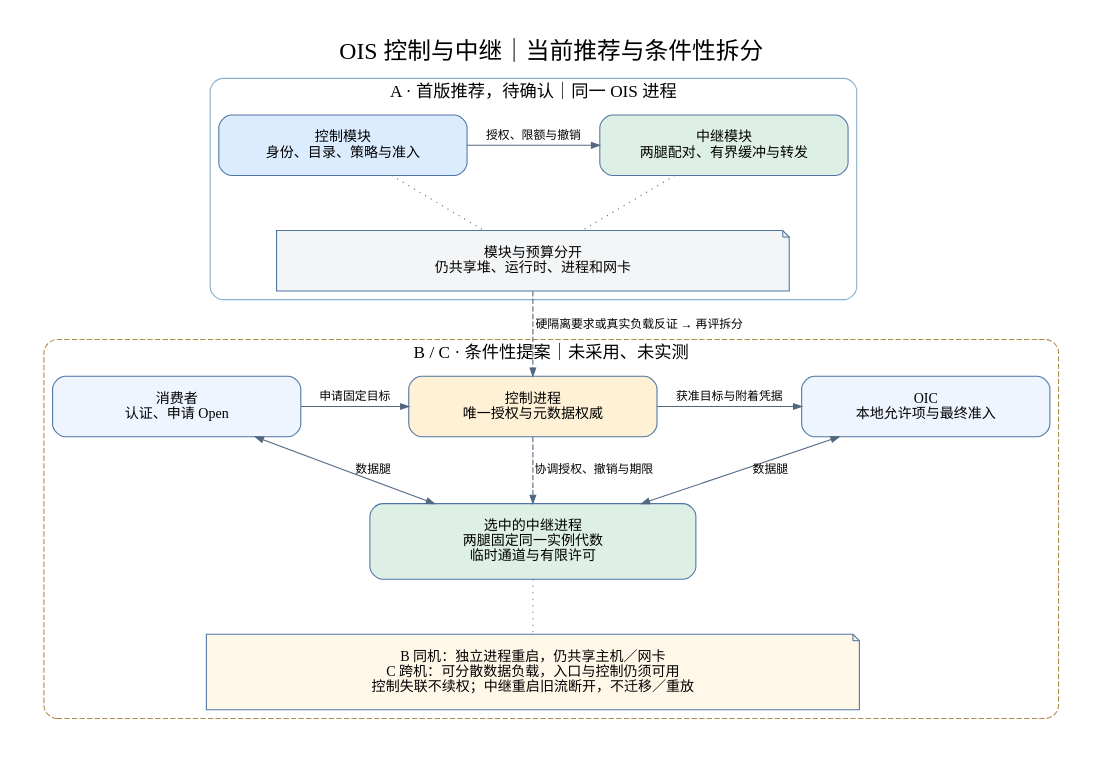
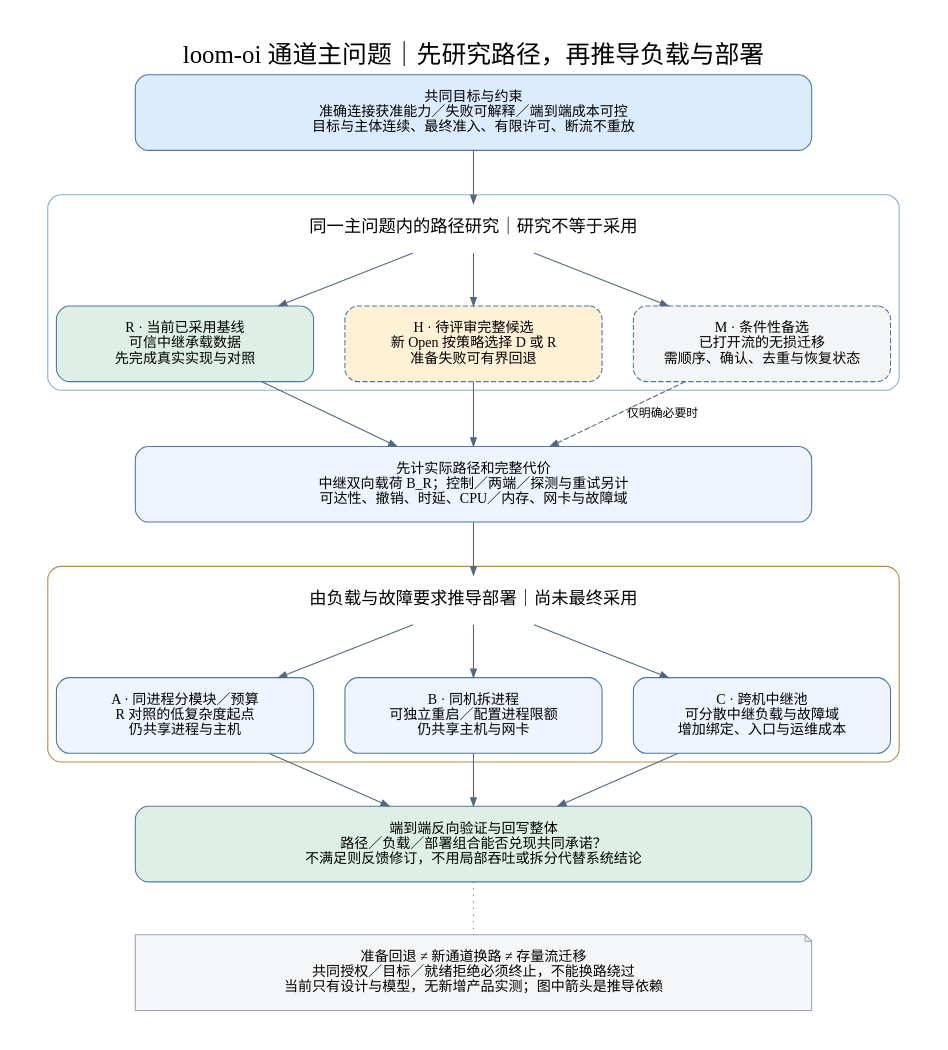
Before and after one commit to wyw-ai/loom-oi: the diagram in docs/architecture/diagrams/v0.7/10-control-relay.dot, drawn with Graphviz. The commit also changed 43 other files, not shown here.

```diff
--- a/docs/architecture/diagrams/v0.7/10-control-relay.dot
+++ b/docs/architecture/diagrams/v0.7/10-control-relay.dot
@@ -1,30 +1,30 @@
 digraph G {
-graph [rankdir=TB,bgcolor="white",pad="0.35",nodesep="0.45",ranksep="0.7",fontname="Noto Sans SC",fontsize=22,labelloc=t,splines=polyline,newrank=true,label="OIS 控制与中继｜当前推荐与条件性拆分"];
-node [shape=box,style="rounded,filled",fillcolor="#eef5ff",color="#5077a3",fontname="Noto Sans SC",fontsize=13,margin="0.25,0.2",width=3.2];
+graph [rankdir=TB,bgcolor="white",pad="0.4",nodesep="0.4",ranksep="0.65",fontname="Noto Sans SC",fontsize=23,labelloc=t,splines=polyline,newrank=true,label="loom-oi 通道主问题｜先研究路径，再推导负载与部署"];
+node [shape=box,style="rounded,filled",fillcolor="#eef5ff",color="#5077a3",fontname="Noto Sans SC",fontsize=13,margin="0.25,0.2",width=3.3];
 edge [fontname="Noto Sans SC",fontsize=11,color="#52677f",arrowsize=0.75];
-subgraph cluster_a {
- label="A · 首版推荐，待确认｜同一 OIS 进程";fontsize=16;color="#86afcc";style=rounded;
- ac[label="控制模块\n身份、目录、策略与准入",fillcolor="#dcecff"];
- ar[label="中继模块\n两腿配对、有界缓冲与转发",fillcolor="#def0e6"];
- {rank=same;ac;ar;}
- ac->ar[label="授权、限额与撤销"];
- an[label="模块与预算分开\n仍共享堆、运行时、进程和网卡",shape=note,fillcolor="#f3f5f7",width=6.6];
- ac->an[style=dotted,arrowhead=none];ar->an[style=dotted,arrowhead=none];
+goal[label="共同目标与约束\n准确连接获准能力／失败可解释／端到端成本可控\n目标与主体连续、最终准入、有限许可、断流不重放",fillcolor="#dcecff",width=8.7];
+subgraph cluster_paths {
+label="";color="#86afcc";style=rounded;
+paths[label="同一主问题内的路径研究｜研究不等于采用",shape=plaintext,fillcolor="white",fontsize=16,width=9];
+r[label="R · 当前已采用基线\n可信中继承载数据\n先完成真实实现与对照",fillcolor="#def0e6"];
+h[label="H · 待评审完整候选\n新 Open 按策略选择 D 或 R\n准备失败可有界回退",fillcolor="#fff1d6",style="rounded,dashed,filled"];
+m[label="M · 条件性备选\n已打开流的无损迁移\n需顺序、确认、去重与恢复状态",fillcolor="#f3f5f7",style="rounded,dashed,filled"];
+{rank=same;r;h;m;}
 }
-subgraph cluster_bc {
- label="B / C · 条件性提案｜未采用、未实测";fontsize=16;color="#b58b49";style="rounded,dashed";
- bc[label="控制进程\n唯一授权与元数据权威",fillcolor="#fff1d6"];
- client[label="消费者\n认证、申请 Open",fillcolor="#eef5ff"];
- oic[label="OIC\n本地允许项与最终准入",fillcolor="#eef5ff"];
- relay[label="选中的中继进程\n两腿固定同一实例代数\n临时通道与有限许可",fillcolor="#def0e6",width=4.2];
- client->bc[label="申请固定目标"];
- bc->oic[label="获准目标与附着凭据"];
- bc->relay[label="协调授权、撤销与期限",style=dashed];
- client->relay[dir=both,label="数据腿"];
- oic->relay[dir=both,label="数据腿"];
- {rank=same;client;bc;oic;}
- note[label="B 同机：独立进程重启，仍共享主机／网卡\nC 跨机：可分散数据负载，入口与控制仍须可用\n控制失联不续权；中继重启旧流断开，不迁移／重放",shape=note,fillcolor="#fff7e8",width=8.4];
- relay->note[style=dotted,arrowhead=none];
+load[label="先计实际路径和完整代价\n中继双向载荷 B_R；控制／两端／探测与重试另计\n可达性、撤销、时延、CPU／内存、网卡与故障域",width=8.7];
+subgraph cluster_deploy {
+label="";color="#b58b49";style=rounded;
+deploy[label="由负载与故障要求推导部署｜尚未最终采用",shape=plaintext,fillcolor="white",fontsize=16,width=9];
+a[label="A · 同进程分模块／预算\nR 对照的低复杂度起点\n仍共享进程与主机"];
+b[label="B · 同机拆进程\n可独立重启／配置进程限额\n仍共享主机与网卡"];
+c[label="C · 跨机中继池\n可分散中继负载与故障域\n增加绑定、入口与运维成本"];
+{rank=same;a;b;c;}
 }
-an->bc[style=dashed,label="硬隔离要求或真实负载反证 → 再评拆分"];
+check[label="端到端反向验证与回写整体\n路径／负载／部署组合能否兑现共同承诺？\n不满足则反馈修订，不用局部吞吐或拆分代替系统结论",fillcolor="#def0e6",width=8.7];
+note[label="准备回退 ≠ 新通道换路 ≠ 存量流迁移\n共同授权／目标／就绪拒绝必须终止，不能换路绕过\n当前只有设计与模型，无新增产品实测；图中箭头是推导依赖",shape=note,fillcolor="#f5f6f8",color="#9ca3af",width=8.7];
+goal->paths;paths->r;paths->h;paths->m;
+r->load;h->load;m->load[style=dashed,label="仅明确必要时"];
+load->deploy;deploy->a;deploy->b;deploy->c;
+a->check;b->check;c->check;
+check->note[style=dotted,arrowhead=none];
 }
```
